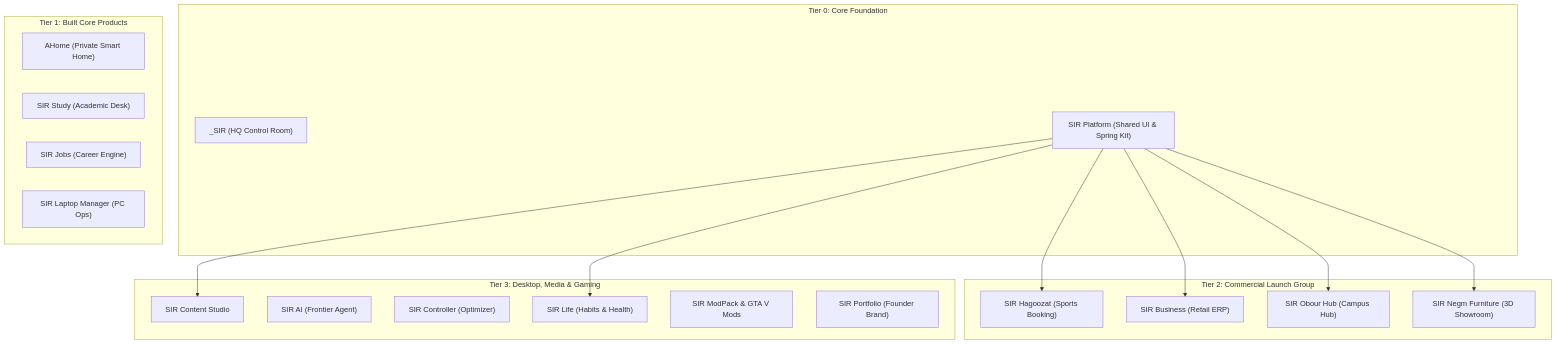
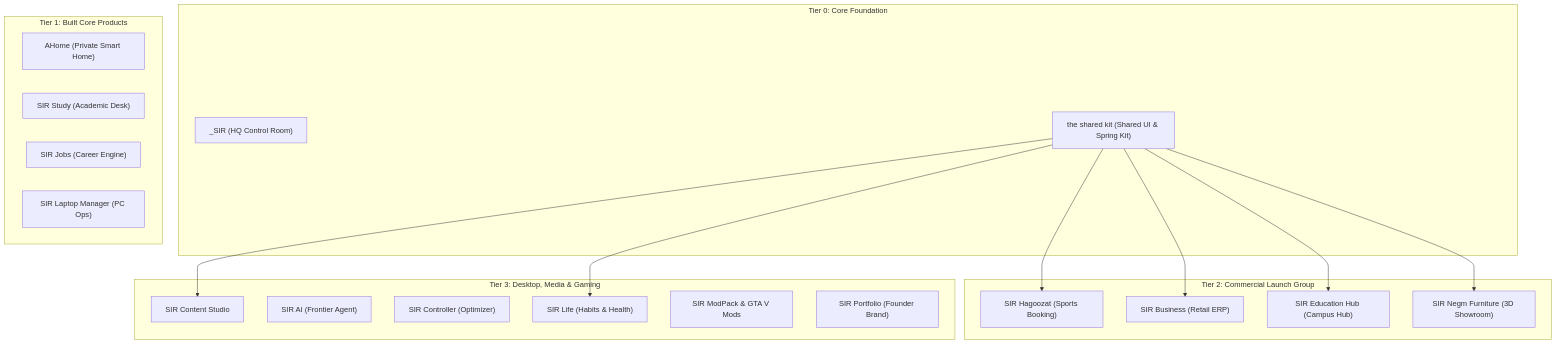
Before and after one commit to sirahmed8/sir-hq: the diagram in plans/TASK_BACKLOG_ALL.md, drawn with Mermaid. The commit also changed other lines of this file and 76 other files, not shown here.

Commit message:
docs: SIR Platform cancelled as a project (shared standards kit); SIR Obour Hub renamed SIR Education Hub; Business and Hagoozat vision (owner direction 2026-11-12)

````diff
--- a/plans/TASK_BACKLOG_ALL.md
+++ b/plans/TASK_BACKLOG_ALL.md
@@ -288,34 +288,34 @@
 ```mermaid
 flowchart TD
     subgraph Foundation["Tier 0: Core Foundation"]
         HQ["_SIR (HQ Control Room)"]
-        PLAT["SIR Platform (Shared UI & Spring Kit)"]
+        PLAT["the shared kit (Shared UI & Spring Kit)"]
     end
     subgraph BuiltProjects["Tier 1: Built Core Products"]
         AHOME["AHome (Private Smart Home)"]
         STUDY["SIR Study (Academic Desk)"]
         JOBS["SIR Jobs (Career Engine)"]
         LAPTOP["SIR Laptop Manager (PC Ops)"]
     end
     subgraph CommercialFirst["Tier 2: Commercial Launch Group"]
         HAG["SIR Hagoozat (Sports Booking)"]
         BIZ["SIR Business (Retail ERP)"]
-        OBOUR["SIR Obour Hub (Campus Hub)"]
+        OBOUR["SIR Education Hub (Campus Hub)"]
         NEGM["SIR Negm Furniture (3D Showroom)"]
     end
     subgraph DesktopMedia["Tier 3: Desktop, Media & Gaming"]
         STUDIO["SIR Content Studio"]
         AI["SIR AI (Frontier Agent)"]
         CTRL["SIR Controller (Optimizer)"]
         LIFE["SIR Life (Habits & Health)"]
         MODS["SIR ModPack & GTA V Mods"]
         PORT["SIR Portfolio (Founder Brand)"]
     end
 
     PLAT --> HAG
     PLAT --> BIZ
     PLAT --> OBOUR
     PLAT --> NEGM
     PLAT --> STUDIO
     PLAT --> LIFE
 ```
````
